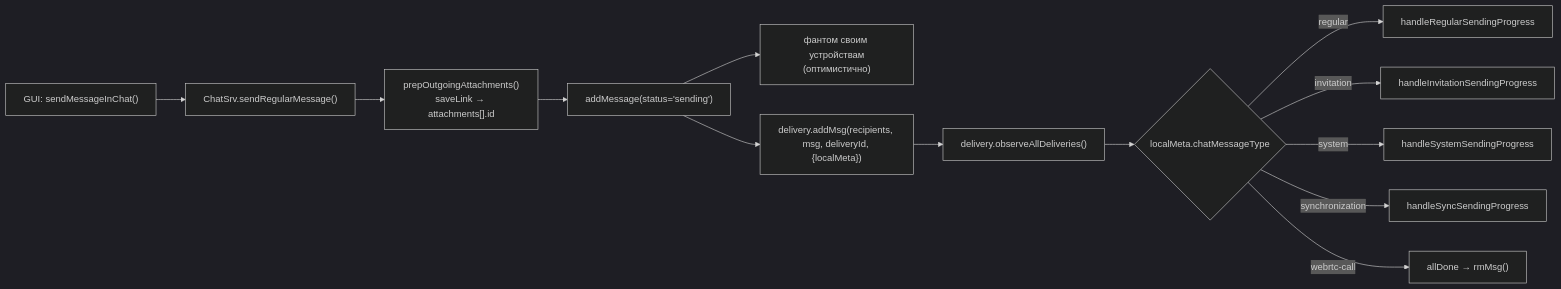
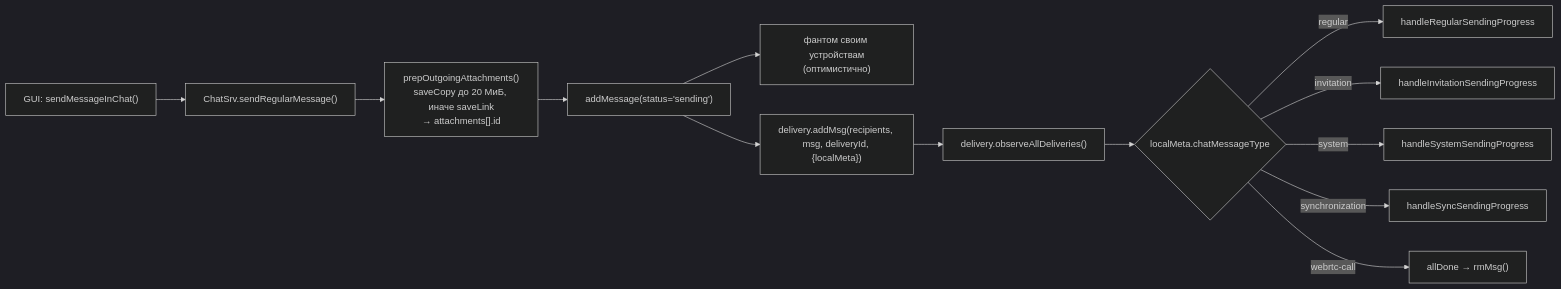
One commit to PrivacySafe/chat.app.privacysafe.io changed the fourth of 6 diagrams in doc/03-message-flows.md. Above: the diagram before and after it, drawn with Mermaid (dark theme). The commit also changed other lines of this file and 76 other files, not shown here.

````diff
--- a/doc/03-message-flows.md
+++ b/doc/03-message-flows.md
@@ -194,15 +194,15 @@
 ```mermaid
 flowchart LR
   UI["GUI: sendMessageInChat()"] --> CS["ChatSrv.sendRegularMessage()"]
-  CS --> PREP["prepOutgoingAttachments()<br/>saveLink → attachments[].id"]
+  CS --> PREP["prepOutgoingAttachments()<br/>saveCopy до 20 МиБ, иначе saveLink<br/>→ attachments[].id"]
   PREP --> DB["addMessage(status='sending')"]
   DB --> PH["фантом своим устройствам<br/>(оптимистично)"]
   DB --> ADD["delivery.addMsg(recipients, msg, deliveryId, {localMeta})"]
   ADD --> MON["delivery.observeAllDeliveries()"]
   MON --> H{"localMeta.chatMessageType"}
   H -->|regular| HR["handleRegularSendingProgress"]
   H -->|invitation| HI["handleInvitationSendingProgress"]
   H -->|system| HS["handleSystemSendingProgress"]
   H -->|synchronization| HY["handleSyncSendingProgress"]
   H -->|webrtc-call| HW["allDone → rmMsg()"]
 ```
````
